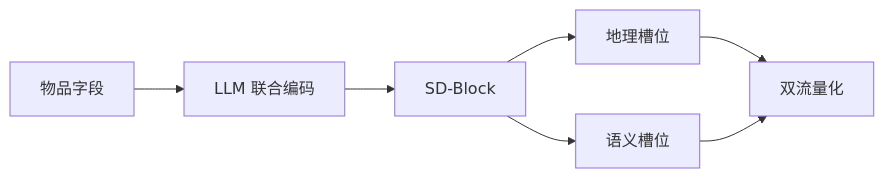
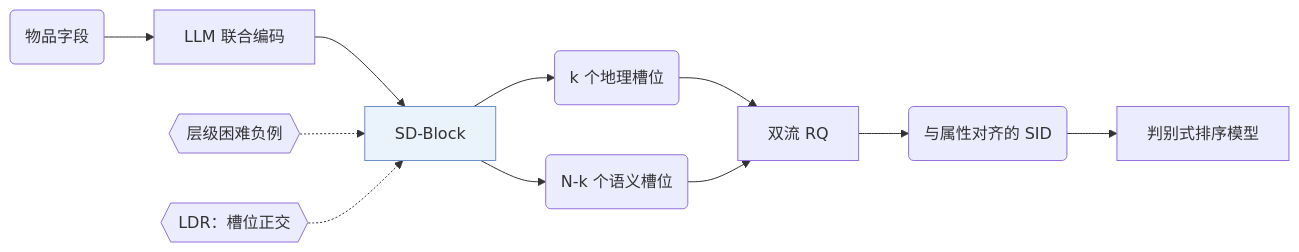
The diagram in notes/zh/lgrid.md (Galaxy-ghost/Awesome-SID-Generative-Rec), drawn with Mermaid before and after one commit. The commit also changed 521 other files, not shown here.

Commit message:
writer-04 part 3: algorithm diagrams with shared shape conventions, README hero and paper cards, archive removed

````diff
--- a/notes/zh/lgrid.md
+++ b/notes/zh/lgrid.md
@@ -12,9 +12,14 @@
 ```mermaid
 flowchart LR
-    A[物品字段] --> B[LLM 联合编码]
-    B --> C[SD-Block]
-    C --> D[地理槽位]
-    C --> E[语义槽位]
-    D --> F[双流量化]
+    A("物品字段") --> B["LLM 联合编码"]
+    B --> C["SD-Block"]:::key
+    C --> D("k 个地理槽位")
+    C --> E("N-k 个语义槽位")
+    L1{{"层级困难负例"}} -.-> C
+    L2{{"LDR：槽位正交"}} -.-> C
+    D --> F["双流 RQ"]
     E --> F
+    F --> G("与属性对齐的 SID")
+    G --> H["判别式排序模型"]
+    classDef key fill:#eaf2fb,stroke:#6b8fc7
 ```
````
